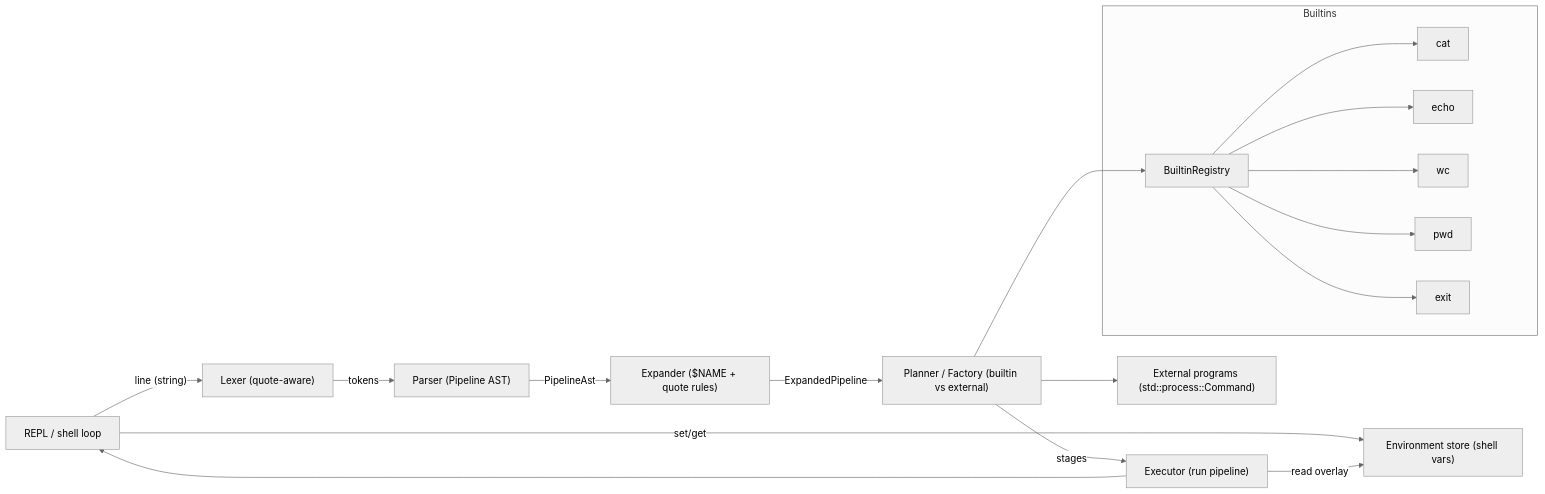
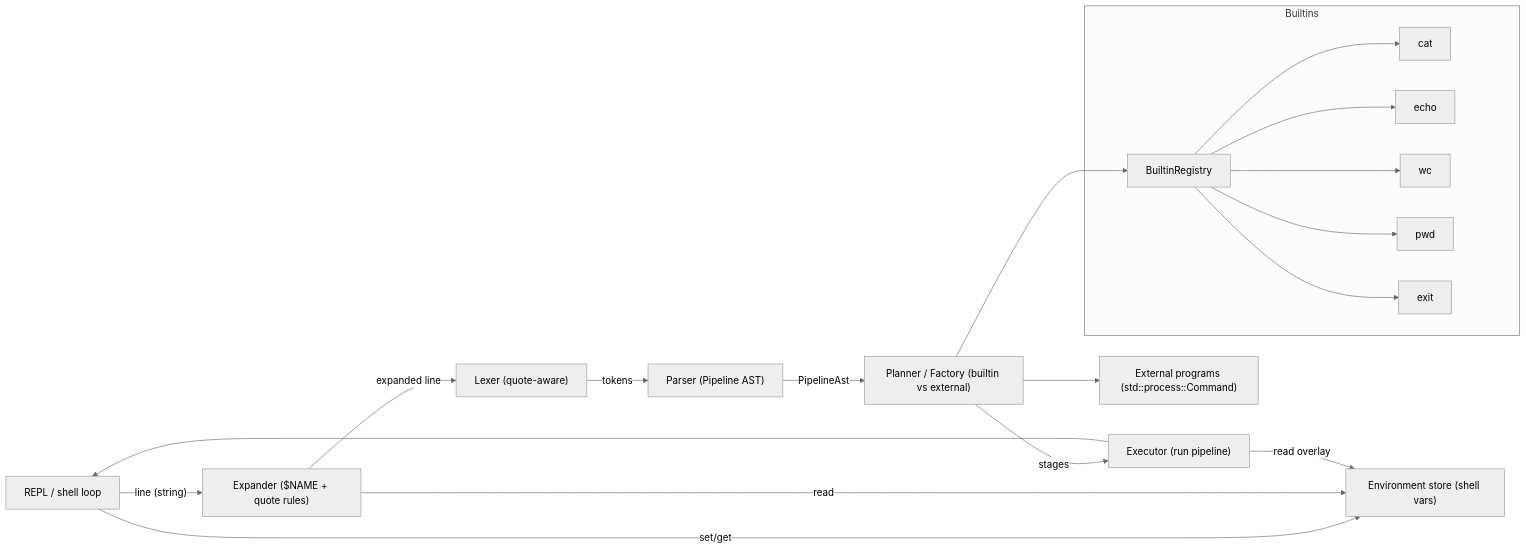
One commit to derandomize/se-cli changed the diagram in docs/ARCHITECTURE.md. Above: the diagram before and after it, drawn with Mermaid (neutral theme). The commit also changed other lines of this file and 14 other files, not shown here.

First line of the commit message:
Implement REPL, builtins, and external commands (no pipes/expansion) (#3)

````diff
--- a/docs/ARCHITECTURE.md
+++ b/docs/ARCHITECTURE.md
@@ -26,29 +26,30 @@
 ```mermaid
 flowchart LR
-  REPL["REPL / shell loop"] -->|"line (string)"| LEX["Lexer (quote-aware)"]
+  REPL["REPL / shell loop"] -->|"line (string)"| EXP["Expander ($NAME + quote rules)"]
+  EXP -->|"expanded line"| LEX["Lexer (quote-aware)"]
   LEX -->|"tokens"| PARSE["Parser (Pipeline AST)"]
-  PARSE -->|"PipelineAst"| EXP["Expander ($NAME + quote rules)"]
-  EXP -->|"ExpandedPipeline"| PLAN["Planner / Factory (builtin vs external)"]
+  PARSE -->|"PipelineAst"| PLAN["Planner / Factory (builtin vs external)"]
   PLAN -->|"stages"| EXEC["Executor (run pipeline)"]
   EXEC --> REPL
 
   REPL -->|"set/get"| ENV["Environment store (shell vars)"]
+  EXP -->|"read"| ENV
   EXEC -->|"read overlay"| ENV
 
   subgraph Builtins
     BREG[BuiltinRegistry]
     BCAT[cat]
     BECHO[echo]
     BWC[wc]
     BPWD[pwd]
     BEXIT[exit]
     BREG --> BCAT
     BREG --> BECHO
     BREG --> BWC
     BREG --> BPWD
     BREG --> BEXIT
   end
 
   PLAN --> BREG
   PLAN --> OS["External programs (std::process::Command)"]
 ```
````
